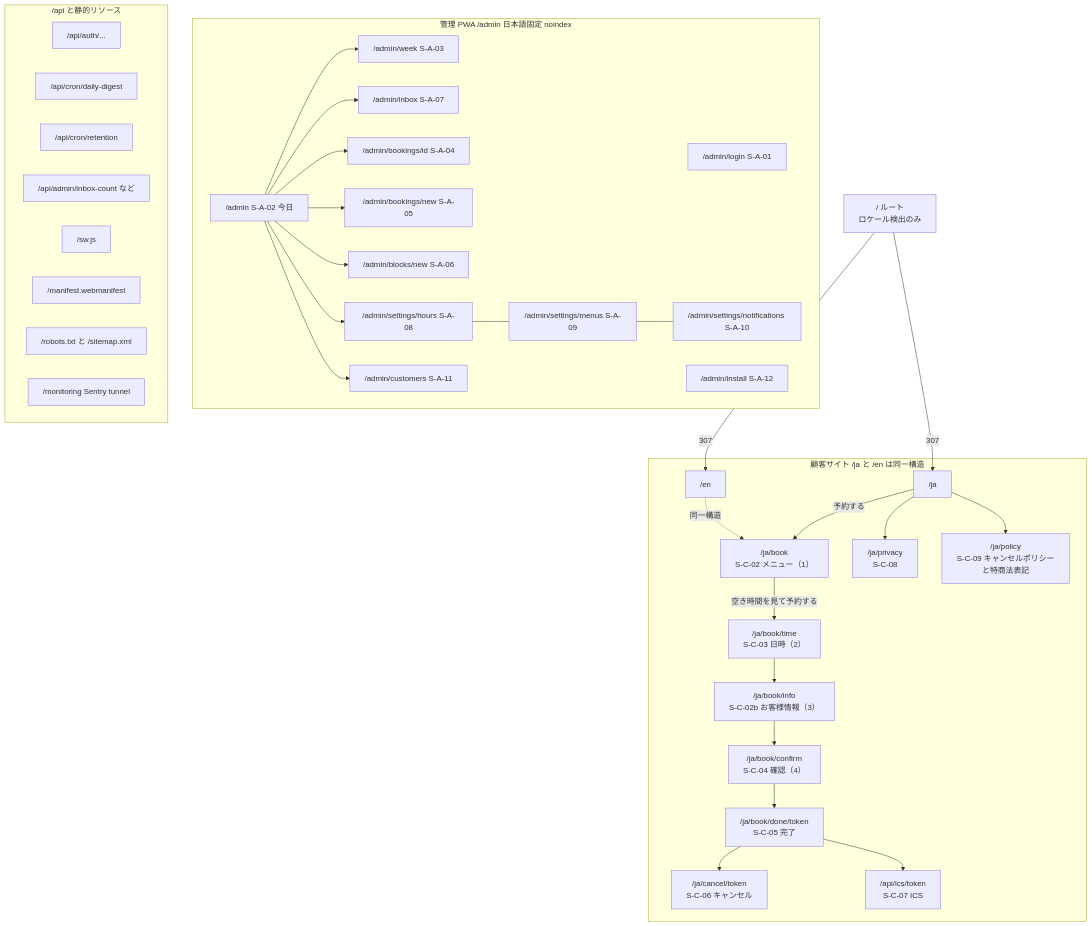
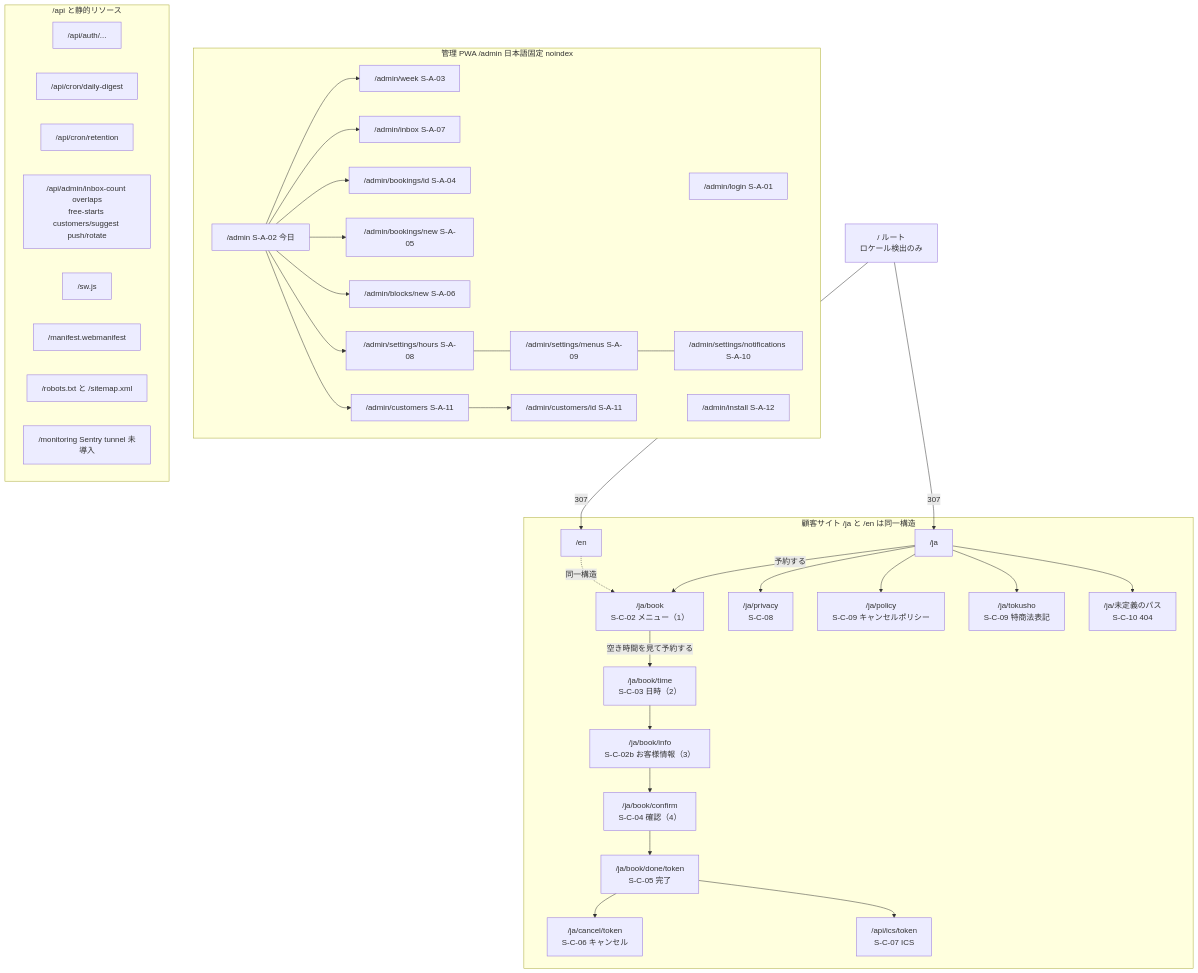
Before and after one commit to kaz-ma/barber-booking: the first of 2 diagrams in docs/03_design/01_sitemap.md, drawn with Mermaid. The commit also changed other lines of this file and 2 other files, not shown here.

````diff
--- a/docs/03_design/01_sitemap.md
+++ b/docs/03_design/01_sitemap.md
@@ -18,53 +18,57 @@
 ```mermaid
 flowchart TD
   ROOT["/ ルート<br/>ロケール検出のみ"] -->|"307"| JA["/ja"]
   ROOT -->|"307"| EN["/en"]
 
   subgraph PUB["顧客サイト /ja と /en は同一構造"]
     JA -->|"予約する"| BOOK["/ja/book<br/>S-C-02 メニュー（1）"]
     BOOK -->|"空き時間を見て予約する"| TIME["/ja/book/time<br/>S-C-03 日時（2）"]
     TIME --> INFO["/ja/book/info<br/>S-C-02b お客様情報（3）"]
     INFO --> CONF["/ja/book/confirm<br/>S-C-04 確認（4）"]
     CONF --> DONE["/ja/book/done/token<br/>S-C-05 完了"]
     DONE --> CANCEL["/ja/cancel/token<br/>S-C-06 キャンセル"]
     DONE --> ICS["/api/ics/token<br/>S-C-07 ICS"]
     JA --> PRIV["/ja/privacy<br/>S-C-08"]
-    JA --> POL["/ja/policy<br/>S-C-09 キャンセルポリシーと特商法表記"]
+    JA --> POL["/ja/policy<br/>S-C-09 キャンセルポリシー"]
+    JA --> TOK["/ja/tokusho<br/>S-C-09 特商法表記"]
+    JA --> NF["/ja/未定義のパス<br/>S-C-10 404"]
     EN -.->|"同一構造"| BOOK
   end
 
   subgraph ADM["管理 PWA /admin 日本語固定 noindex"]
     LOGIN["/admin/login S-A-01"]
     INSTALL["/admin/install S-A-12"]
     TODAY["/admin S-A-02 今日"]
     WEEK["/admin/week S-A-03"]
     INBOX["/admin/inbox S-A-07"]
     DET["/admin/bookings/id S-A-04"]
     NEWB["/admin/bookings/new S-A-05"]
     BLK["/admin/blocks/new S-A-06"]
     SH["/admin/settings/hours S-A-08"]
     SM["/admin/settings/menus S-A-09"]
     SN["/admin/settings/notifications S-A-10"]
     CU["/admin/customers S-A-11"]
+    CUD["/admin/customers/id S-A-11"]
     TODAY --> WEEK
     TODAY --> INBOX
     TODAY --> DET
     TODAY --> NEWB
     TODAY --> BLK
     TODAY --> SH
     SH --- SM
     SM --- SN
     TODAY --> CU
+    CU --> CUD
   end
 
   subgraph API["/api と静的リソース"]
     A1["/api/auth/..."]
     A2["/api/cron/daily-digest"]
     A3["/api/cron/retention"]
-    A4["/api/admin/inbox-count など"]
+    A4["/api/admin/inbox-count overlaps<br/>free-starts customers/suggest push/rotate"]
     S1["/sw.js"]
     S2["/manifest.webmanifest"]
     S3["/robots.txt と /sitemap.xml"]
-    S4["/monitoring Sentry tunnel"]
+    S4["/monitoring Sentry tunnel 未導入"]
   end
 ```
````
